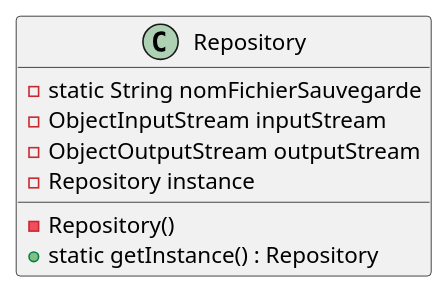
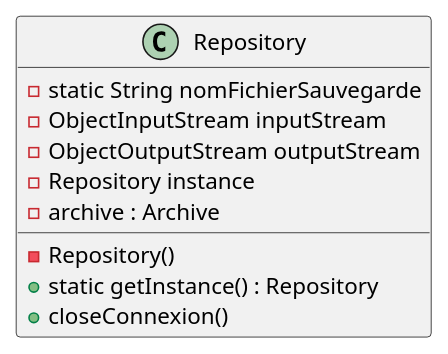
The diagram in Ollert_QDEV/diagrammes/DiagrammeClassRepository.puml (AlexanderCARNET/SAE_3_01_dev_application), drawn with PlantUML before and after one commit.

Commit message:
[UPDATE] ajout de la methode closeConnexion du repository sur son diagramme de classe

```diff
--- a/Ollert_QDEV/diagrammes/DiagrammeClassRepository.puml
+++ b/Ollert_QDEV/diagrammes/DiagrammeClassRepository.puml
@@ -1,12 +1,14 @@
 @startuml
 
 class Repository{
     - static String nomFichierSauvegarde
     - ObjectInputStream inputStream
     - ObjectOutputStream outputStream
     - Repository instance
     - Repository()
+    - archive : Archive
     + static getInstance() : Repository
+    + closeConnexion()
 }
 
 @enduml
```
